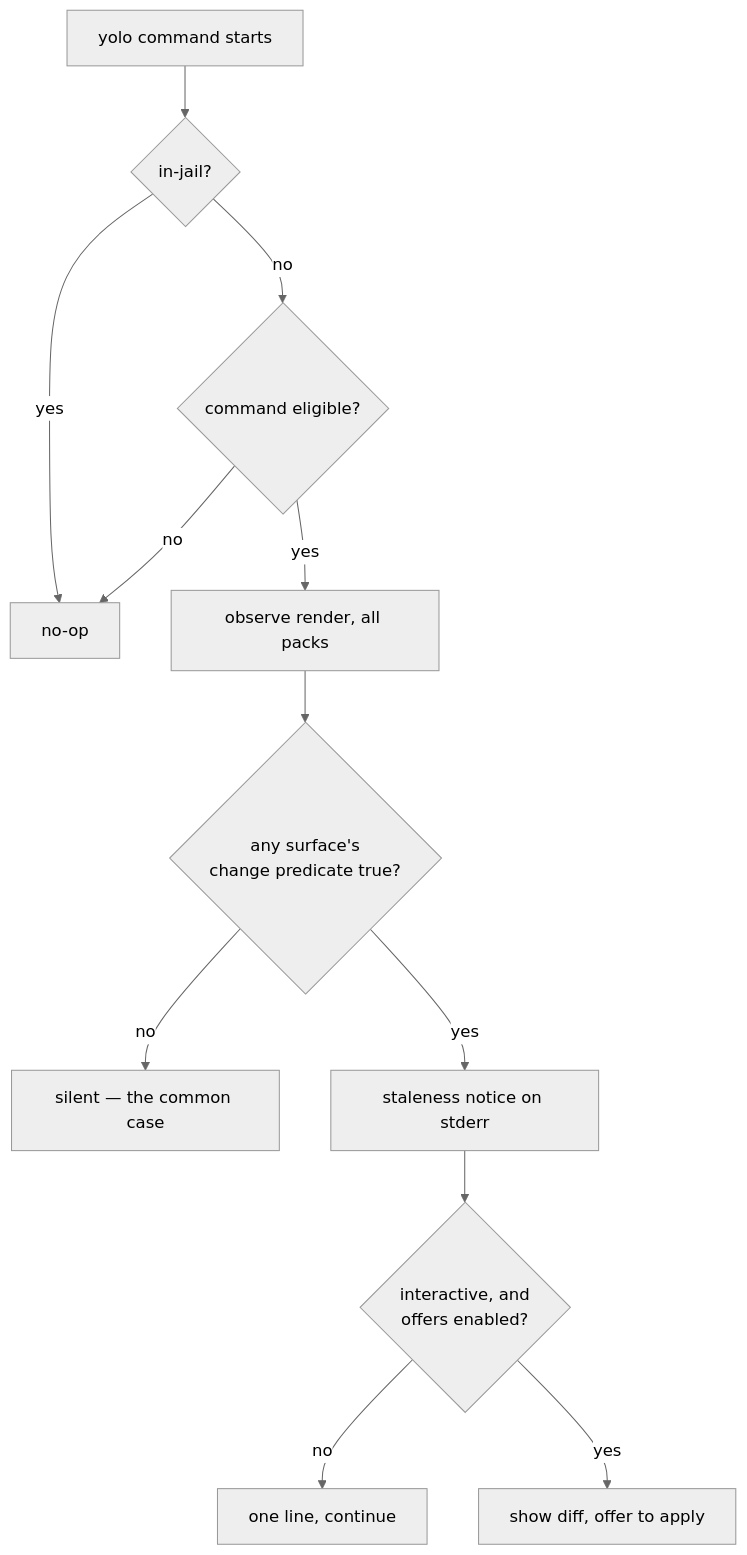
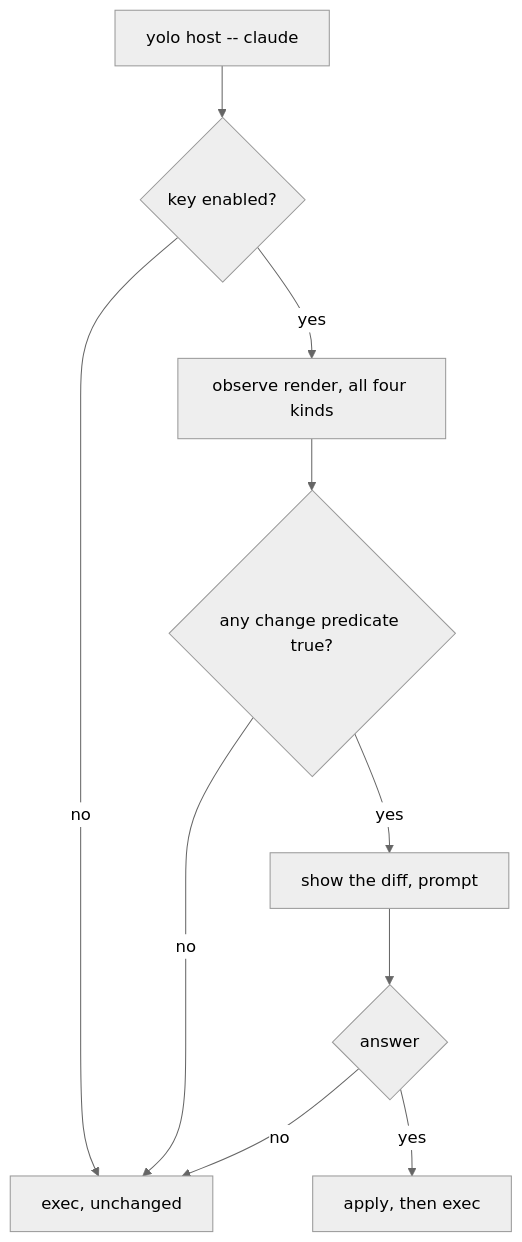
The diagram in docs/design/host-apply-staleness.md (mschulkind-oss/yolo-jail), drawn with Mermaid (neutral theme) before and after one commit. The commit also changed other lines of this file and 1 other file, not shown here.

````diff
--- a/docs/design/host-apply-staleness.md
+++ b/docs/design/host-apply-staleness.md
@@ -189,14 +209,12 @@
 ```mermaid
 flowchart TD
-    A[yolo command starts] --> B{in-jail?}
-    B -->|yes| Z[no-op]
-    B -->|no| C{command eligible?}
-    C -->|no| Z
-    C -->|yes| D[observe render, all packs]
-    D --> E{any surface's<br/>change predicate true?}
-    E -->|no| Z2[silent — the common case]
-    E -->|yes| F[staleness notice on stderr]
-    F --> G{interactive, and<br/>offers enabled?}
-    G -->|no| H[one line, continue]
-    G -->|yes| I[show diff, offer to apply]
+    A["yolo host -- claude"] --> B{key enabled?}
+    B -->|no| X[exec, unchanged]
+    B -->|yes| C[observe render, all four kinds]
+    C --> D{any change predicate true?}
+    D -->|no| X
+    D -->|yes| E[show the diff, prompt]
+    E --> F{answer}
+    F -->|yes| G[apply, then exec]
+    F -->|no| X
 ```
````
